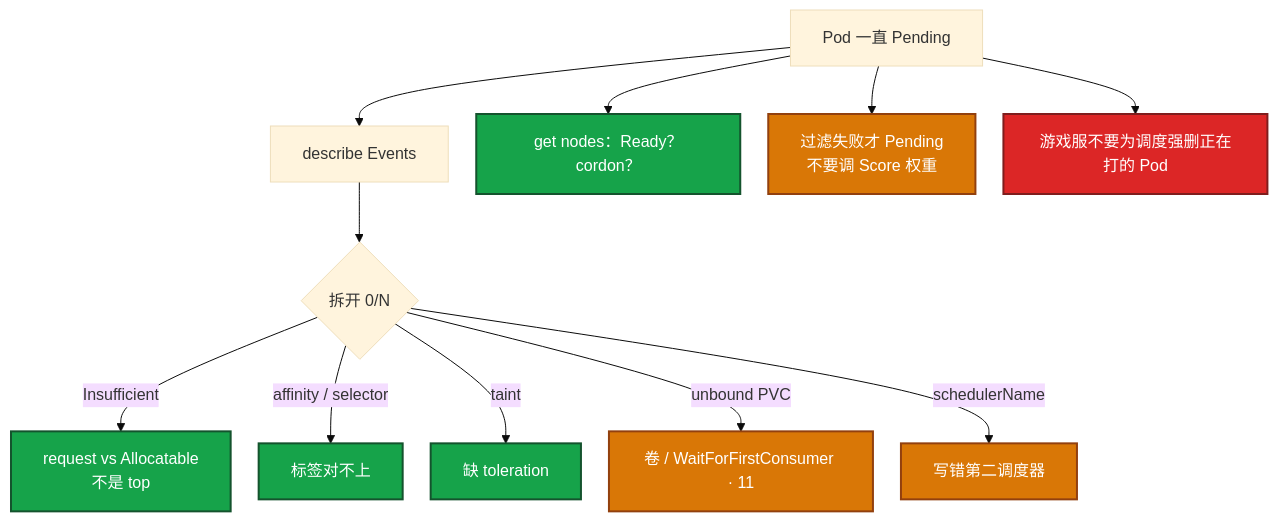
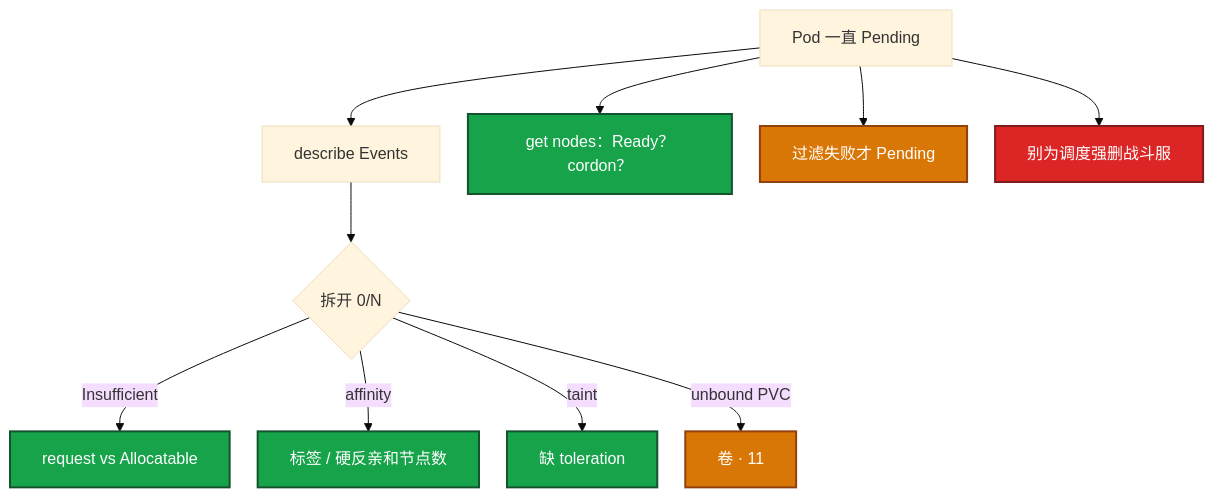
Before and after one commit to ml-cuizijun/LearnToLilith: the fourth of 4 diagrams in 04-Kubernetes/06-调度机制/知识点.md, drawn with Mermaid. The commit also changed other lines of this file and 107 other files, not shown here.

````diff
--- a/04-Kubernetes/06-调度机制/知识点.md
+++ b/04-Kubernetes/06-调度机制/知识点.md
@@ -396,21 +526,20 @@
 ```mermaid
 %%{init: {"flowchart": {"padding": 16, "nodeSpacing": 28, "rankSpacing": 48}, "theme": "base"}}%%
 flowchart TB
     A[Pod 一直 Pending] --> B[describe Events]
     B --> C{拆开 0/N}
-    C -->|Insufficient| D[request vs Allocatable<br/>不是 top]
-    C -->|affinity / selector| E[标签对不上]
+    C -->|Insufficient| D[request vs Allocatable]
+    C -->|affinity| E[标签 / 硬反亲和节点数]
     C -->|taint| F[缺 toleration]
-    C -->|unbound PVC| G[卷 / WaitForFirstConsumer · 11]
-    C -->|schedulerName| H[写错第二调度器]
+    C -->|unbound PVC| G[卷 · 11]
     A --> I[get nodes：Ready？cordon？]
-    A --> J[过滤失败才 Pending<br/>不要调 Score 权重]
-    A --> K[游戏服不要为调度强删正在打的 Pod]
+    A --> J[过滤失败才 Pending]
+    A --> K[别为调度强删战斗服]
 
     classDef ok fill:#16A34A,stroke:#14532D,stroke-width:2px,color:#fff
     classDef warn fill:#D97706,stroke:#92400E,stroke-width:2px,color:#fff
     classDef bad fill:#DC2626,stroke:#7F1D1D,stroke-width:2px,color:#fff
     class D,E,F,I ok
-    class G,H,J warn
+    class G,J warn
     class K bad
 ```
````
